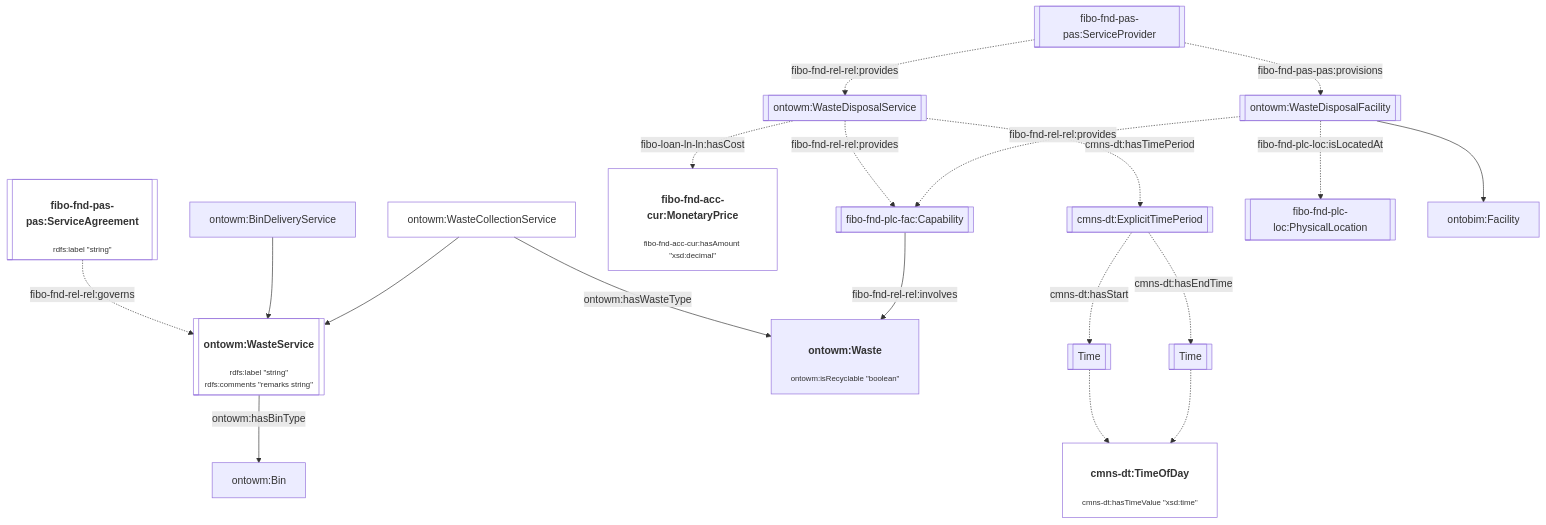
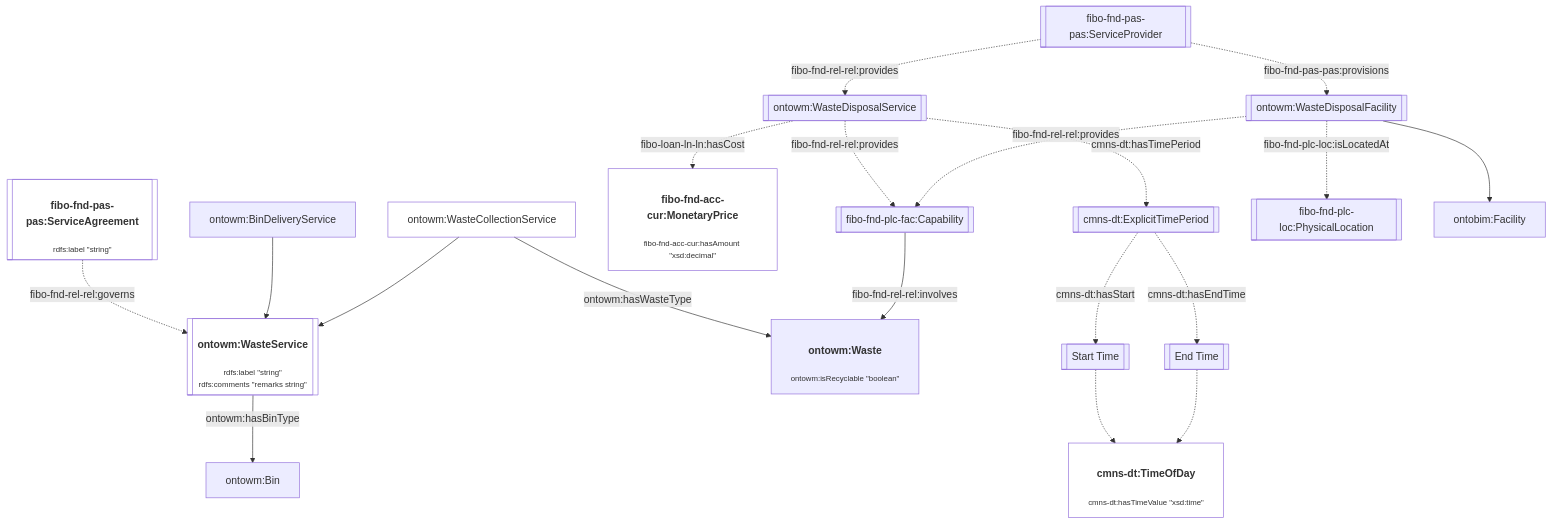
Before and after one commit to cambridge-cares/TheWorldAvatar: the ninth of 17 diagrams in JPS_Ontology/ontology/ontowastemanagement/README.md, drawn with Mermaid. The commit also changed other lines of this file and 2 other files, not shown here.

````diff
--- a/JPS_Ontology/ontology/ontowastemanagement/README.md
+++ b/JPS_Ontology/ontology/ontowastemanagement/README.md
@@ -190,32 +244,32 @@
 ```mermaid
 flowchart TD
     %% Styling
     classDef literal fill:none
     classDef node overflow-wrap:break-word,text-wrap:pretty
     linkStyle default overflow-wrap:break-word,text-wrap:pretty;
 
     %% Contents
     Agreement[["<h4>fibo-fnd-pas-pas:ServiceAgreement</h4><p style='font-size:0.75rem;'>rdfs:label &quot;string&quot;</p>"]]:::literal -. fibo-fnd-rel-rel:governs .-> Service[["<h4>ontowm:WasteService</h4><p style='font-size:0.75rem;'>rdfs:label &quot;string&quot;<br>rdfs:comments &quot;remarks string&quot;</p>"]]:::literal
 
     BinDeliveryService[ontowm:BinDeliveryService] --> Service
     WasteCollectionService[ontowm:WasteCollectionService]:::literal --> Service
 
     Service -- ontowm:hasBinType --> BinClazz[ontowm:Bin]
     WasteCollectionService -- ontowm:hasWasteType --> WasteClazz["<h4>ontowm:Waste</h4><p style='font-size:0.75rem;'>ontowm:isRecyclable &quot;boolean&quot;</p>"]
 
     ServiceProvider[[fibo-fnd-pas-pas:ServiceProvider]] -. fibo-fnd-rel-rel:provides .-> WasteDisposalService[[ontowm:WasteDisposalService]]
     WasteDisposalService -. fibo-loan-ln-ln:hasCost .-> MonetaryPrice["<h4>fibo-fnd-acc-cur:MonetaryPrice</h4><p style='font-size:0.75rem;'>fibo-fnd-acc-cur:hasAmount &quot;xsd:decimal&quot;</p>"]:::literal
     WasteDisposalService -. cmns-dt:hasTimePeriod .-> TimePeriod[[cmns-dt:ExplicitTimePeriod]]
-    TimePeriod -. cmns-dt:hasStart .-> StartTime[[Time]]
-    TimePeriod -. cmns-dt:hasEndTime .-> EndTime[[Time]]
+    TimePeriod -. cmns-dt:hasStart .-> StartTime[[Start Time]]
+    TimePeriod -. cmns-dt:hasEndTime .-> EndTime[[End Time]]
     StartTime -.-> Time["<h4>cmns-dt:TimeOfDay</h4><p style='font-size:0.75rem;'>cmns-dt:hasTimeValue &quot;xsd:time&quot;</p>"]:::literal
     EndTime -.-> Time
 
     WasteDisposalService -. fibo-fnd-rel-rel:provides .-> Capability[[fibo-fnd-plc-fac:Capability]]
     Capability -- fibo-fnd-rel-rel:involves --> WasteClazz
 
     ServiceProvider -. fibo-fnd-pas-pas:provisions .-> WasteDisposalFacility[[ontowm:WasteDisposalFacility]]
     WasteDisposalFacility -. fibo-fnd-plc-loc:isLocatedAt .-> Location[[fibo-fnd-plc-loc:PhysicalLocation]]
     WasteDisposalFacility -. fibo-fnd-rel-rel:provides .-> Capability
     WasteDisposalFacility --> ontobim:Facility
 ```
````
